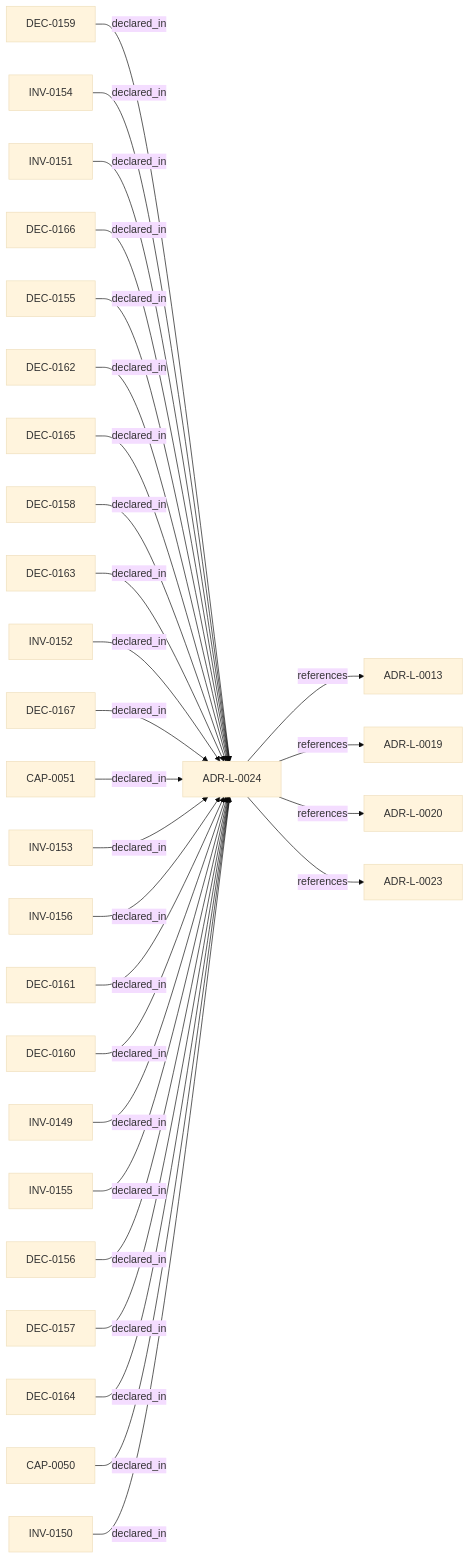
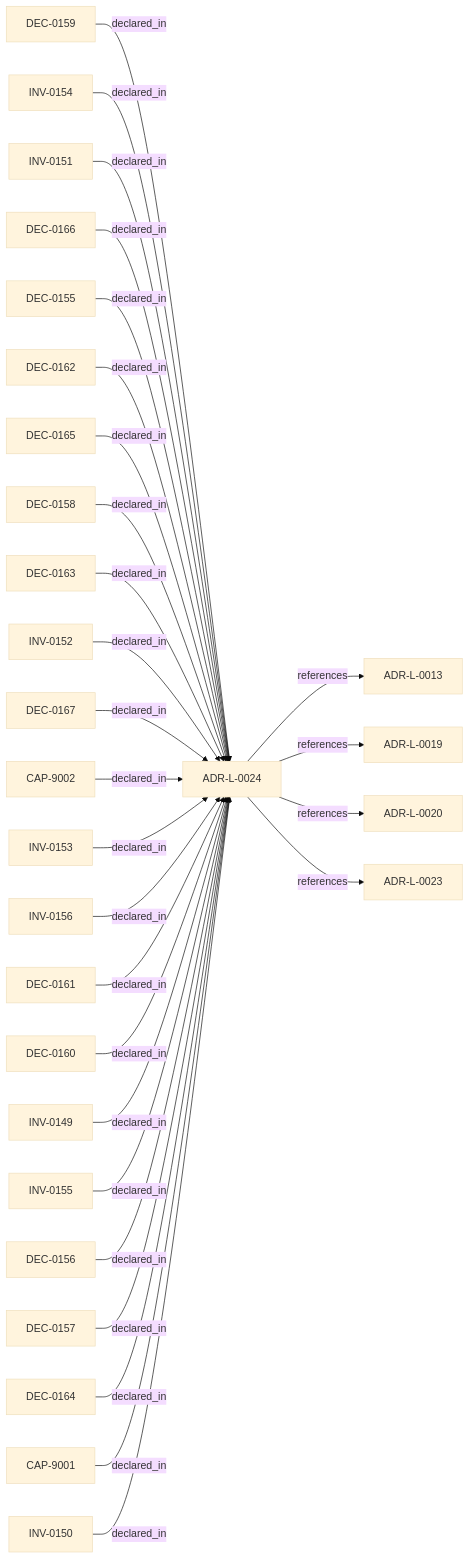
One commit to egallmann/adr-architecture-kit changed the diagram in adrs/adr-projection/logical/ADR-L-0024-cross-language-consumer-bindings-and-typescript-distribution.md. Above: the diagram before and after it, drawn with Mermaid (base theme). The commit also changed other lines of this file and 11 other files, not shown here.

````diff
--- a/adrs/adr-projection/logical/ADR-L-0024-cross-language-consumer-bindings-and-typescript-distribution.md
+++ b/adrs/adr-projection/logical/ADR-L-0024-cross-language-consumer-bindings-and-typescript-distribution.md
@@ -42,58 +42,58 @@
 ```mermaid
 flowchart LR
   n_019fee89_e616_7c4e_953c_b7349412a784["ADR-L-0013"]
   n_019fee89_e617_78d9_ba3b_b7e3e6db1b12["ADR-L-0019"]
   n_019ffdba_3c42_7c4a_a737_f6751a265d60["ADR-L-0020"]
   n_01a00644_1bfc_7abc_8aaa_111111111111["ADR-L-0023"]
   n_01a02d38_7cf3_700a_880b_182eb0956a24["DEC-0159"]
   n_01a02d38_7cf3_7017_8767_4978a49c35f0["INV-0154"]
   n_01a02d38_7cf3_7155_8973_148ceb722f1b["INV-0151"]
   n_01a02d38_7cf3_7177_8edc_dfc953ae9947["DEC-0166"]
   n_01a02d38_7cf3_7194_8e04_4339c496d93a["DEC-0155"]
   n_01a02d38_7cf3_724d_83e0_8739d6eeeeb5["DEC-0162"]
   n_01a02d38_7cf3_7271_8b60_20c2a3f50ae6["DEC-0165"]
   n_01a02d38_7cf3_7418_8bba_4fa7ecdd2151["DEC-0158"]
   n_01a02d38_7cf3_74b3_8297_f3df87d11f35["DEC-0163"]
   n_01a02d38_7cf3_74eb_896e_01f6f7dd53c1["INV-0152"]
   n_01a02d38_7cf3_7532_8d1e_2c81adf25864["DEC-0167"]
-  n_01a02d38_7cf3_7625_8e95_7fc0f62d7b09["CAP-0051"]
+  n_01a02d38_7cf3_7625_8e95_7fc0f62d7b09["CAP-9002"]
   n_01a02d38_7cf3_7696_8323_e760deca8334["INV-0153"]
   n_01a02d38_7cf3_769e_8b24_6c0df4edf9af["INV-0156"]
   n_01a02d38_7cf3_7765_8a96_0cdd35f55df5["DEC-0161"]
   n_01a02d38_7cf3_78dc_8d0f_4d4a41000fe3["DEC-0160"]
   n_01a02d38_7cf3_790b_8493_b1499943f075["INV-0149"]
   n_01a02d38_7cf3_79cf_8174_b9f50adaf0bf["INV-0155"]
   n_01a02d38_7cf3_7a6f_8b71_a3624877c1b3["DEC-0156"]
   n_01a02d38_7cf3_7b3c_87ec_1c5f08490c6e["ADR-L-0024"]
   n_01a02d38_7cf3_7b62_80b7_c907b9f972d6["DEC-0157"]
   n_01a02d38_7cf3_7c3b_85b4_f2e1328d8363["DEC-0164"]
-  n_01a02d38_7cf3_7dfe_80d8_28c51db97e18["CAP-0050"]
+  n_01a02d38_7cf3_7dfe_80d8_28c51db97e18["CAP-9001"]
   n_01a02d38_7cf3_7e8e_8a34_0865a8dd73af["INV-0150"]
   n_01a02d38_7cf3_700a_880b_182eb0956a24 -->|"declared_in"| n_01a02d38_7cf3_7b3c_87ec_1c5f08490c6e
   n_01a02d38_7cf3_7017_8767_4978a49c35f0 -->|"declared_in"| n_01a02d38_7cf3_7b3c_87ec_1c5f08490c6e
   n_01a02d38_7cf3_7155_8973_148ceb722f1b -->|"declared_in"| n_01a02d38_7cf3_7b3c_87ec_1c5f08490c6e
   n_01a02d38_7cf3_7177_8edc_dfc953ae9947 -->|"declared_in"| n_01a02d38_7cf3_7b3c_87ec_1c5f08490c6e
   n_01a02d38_7cf3_7194_8e04_4339c496d93a -->|"declared_in"| n_01a02d38_7cf3_7b3c_87ec_1c5f08490c6e
   n_01a02d38_7cf3_724d_83e0_8739d6eeeeb5 -->|"declared_in"| n_01a02d38_7cf3_7b3c_87ec_1c5f08490c6e
   n_01a02d38_7cf3_7271_8b60_20c2a3f50ae6 -->|"declared_in"| n_01a02d38_7cf3_7b3c_87ec_1c5f08490c6e
   n_01a02d38_7cf3_7418_8bba_4fa7ecdd2151 -->|"declared_in"| n_01a02d38_7cf3_7b3c_87ec_1c5f08490c6e
   n_01a02d38_7cf3_74b3_8297_f3df87d11f35 -->|"declared_in"| n_01a02d38_7cf3_7b3c_87ec_1c5f08490c6e
   n_01a02d38_7cf3_74eb_896e_01f6f7dd53c1 -->|"declared_in"| n_01a02d38_7cf3_7b3c_87ec_1c5f08490c6e
   n_01a02d38_7cf3_7532_8d1e_2c81adf25864 -->|"declared_in"| n_01a02d38_7cf3_7b3c_87ec_1c5f08490c6e
   n_01a02d38_7cf3_7625_8e95_7fc0f62d7b09 -->|"declared_in"| n_01a02d38_7cf3_7b3c_87ec_1c5f08490c6e
   n_01a02d38_7cf3_7696_8323_e760deca8334 -->|"declared_in"| n_01a02d38_7cf3_7b3c_87ec_1c5f08490c6e
   n_01a02d38_7cf3_769e_8b24_6c0df4edf9af -->|"declared_in"| n_01a02d38_7cf3_7b3c_87ec_1c5f08490c6e
   n_01a02d38_7cf3_7765_8a96_0cdd35f55df5 -->|"declared_in"| n_01a02d38_7cf3_7b3c_87ec_1c5f08490c6e
   n_01a02d38_7cf3_78dc_8d0f_4d4a41000fe3 -->|"declared_in"| n_01a02d38_7cf3_7b3c_87ec_1c5f08490c6e
   n_01a02d38_7cf3_790b_8493_b1499943f075 -->|"declared_in"| n_01a02d38_7cf3_7b3c_87ec_1c5f08490c6e
   n_01a02d38_7cf3_79cf_8174_b9f50adaf0bf -->|"declared_in"| n_01a02d38_7cf3_7b3c_87ec_1c5f08490c6e
   n_01a02d38_7cf3_7a6f_8b71_a3624877c1b3 -->|"declared_in"| n_01a02d38_7cf3_7b3c_87ec_1c5f08490c6e
   n_01a02d38_7cf3_7b62_80b7_c907b9f972d6 -->|"declared_in"| n_01a02d38_7cf3_7b3c_87ec_1c5f08490c6e
   n_01a02d38_7cf3_7c3b_85b4_f2e1328d8363 -->|"declared_in"| n_01a02d38_7cf3_7b3c_87ec_1c5f08490c6e
   n_01a02d38_7cf3_7dfe_80d8_28c51db97e18 -->|"declared_in"| n_01a02d38_7cf3_7b3c_87ec_1c5f08490c6e
   n_01a02d38_7cf3_7e8e_8a34_0865a8dd73af -->|"declared_in"| n_01a02d38_7cf3_7b3c_87ec_1c5f08490c6e
   n_01a02d38_7cf3_7b3c_87ec_1c5f08490c6e -->|"references"| n_019fee89_e616_7c4e_953c_b7349412a784
   n_01a02d38_7cf3_7b3c_87ec_1c5f08490c6e -->|"references"| n_019fee89_e617_78d9_ba3b_b7e3e6db1b12
   n_01a02d38_7cf3_7b3c_87ec_1c5f08490c6e -->|"references"| n_019ffdba_3c42_7c4a_a737_f6751a265d60
   n_01a02d38_7cf3_7b3c_87ec_1c5f08490c6e -->|"references"| n_01a00644_1bfc_7abc_8aaa_111111111111
 ```
````
